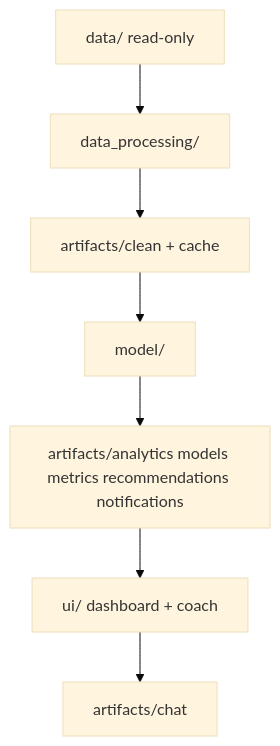
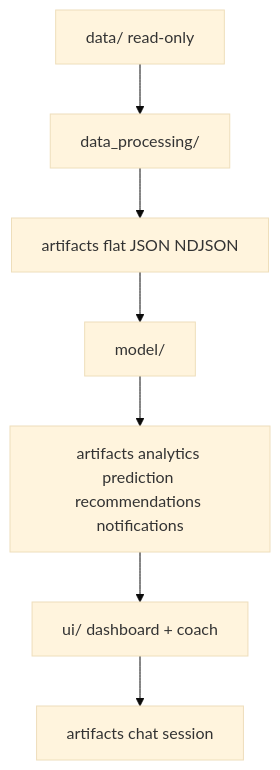
The diagram in PROJECT_SPEC.md (nickyphammy/JHU-personal-finance), drawn with Mermaid (base theme) before and after one commit. The commit also changed other lines of this file and 10 other files, not shown here.

First line of the commit message:
Sync clean pipeline artifacts and update project docs.

````diff
--- a/PROJECT_SPEC.md
+++ b/PROJECT_SPEC.md
@@ -48,9 +46,9 @@
 ```mermaid
 flowchart TD
   dataDir["data/ read-only"] --> dataProcessing["data_processing/"]
-  dataProcessing --> artifactsClean["artifacts/clean + cache"]
-  artifactsClean --> modelLayer["model/"]
-  modelLayer --> artifactsIntel["artifacts/analytics models metrics recommendations notifications"]
+  dataProcessing --> artifactsFlat["artifacts flat JSON NDJSON"]
+  artifactsFlat --> modelLayer["model/"]
+  modelLayer --> artifactsIntel["artifacts analytics prediction recommendations notifications"]
   artifactsIntel --> uiLayer["ui/ dashboard + coach"]
-  uiLayer --> chatState["artifacts/chat"]
+  uiLayer --> chatState["artifacts chat session"]
 ```
````
